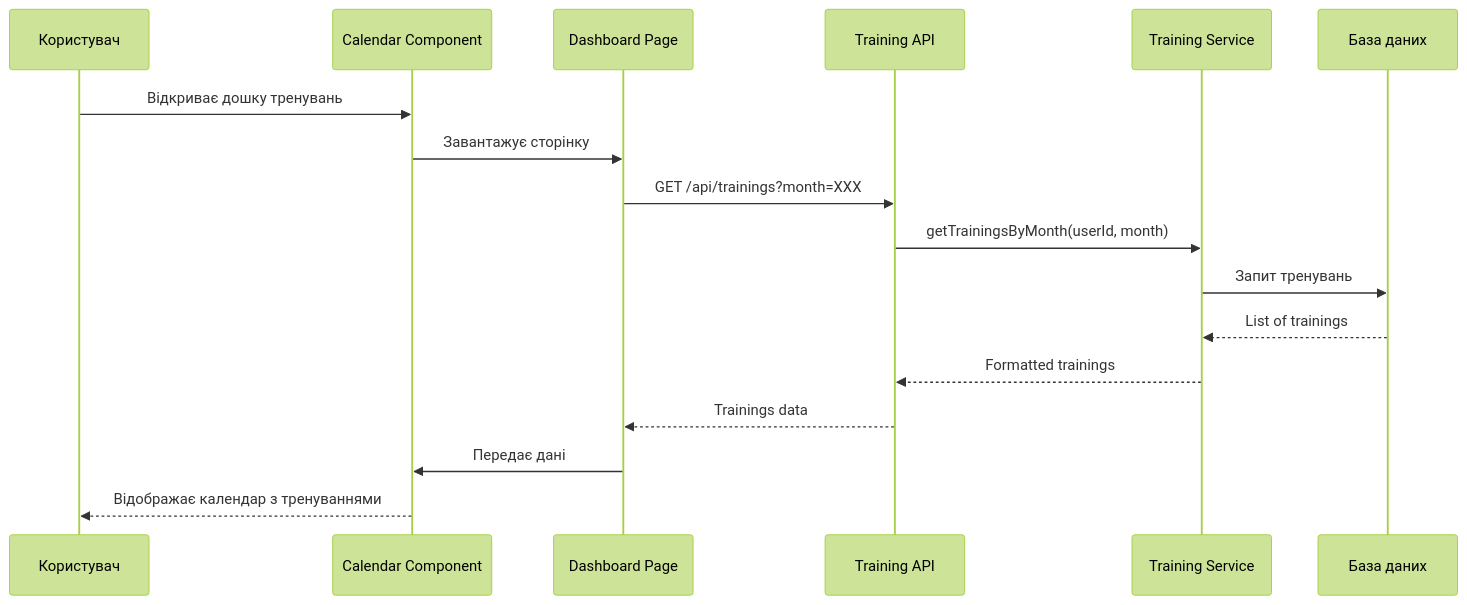
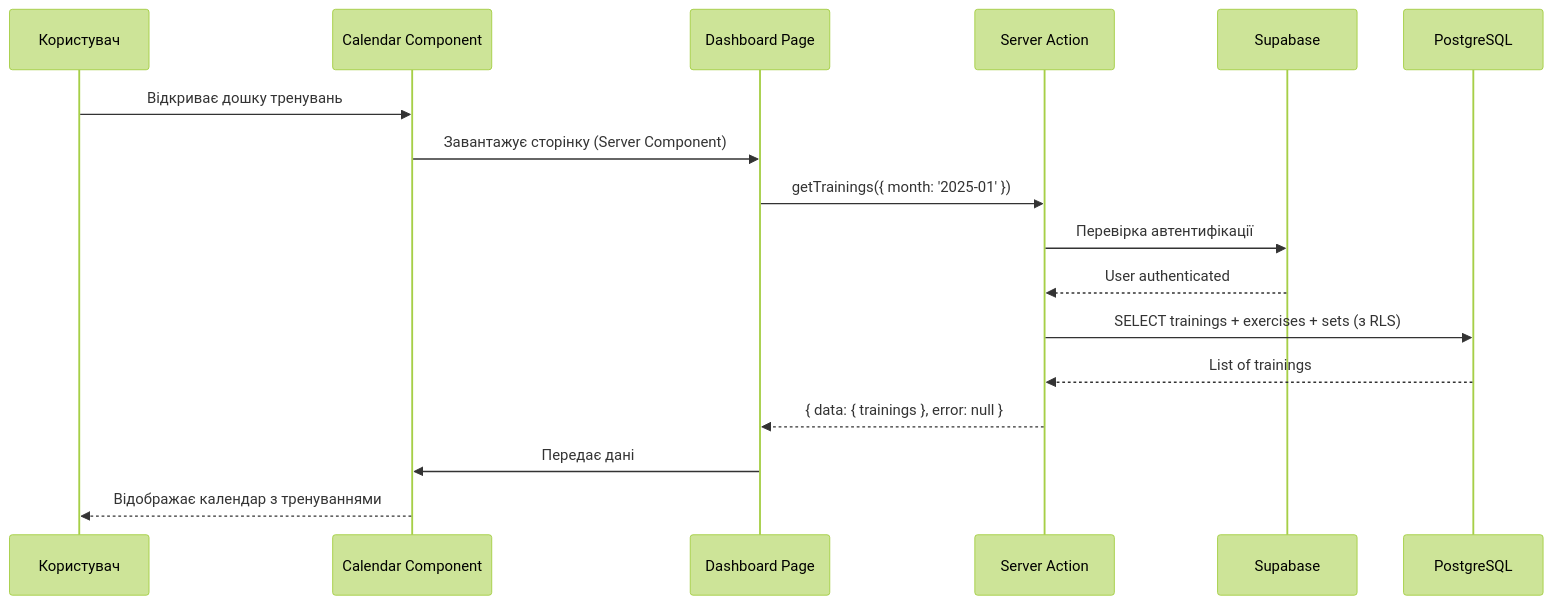
Before and after one commit to MaxKibets/votum_ferri: the fourth of 7 diagrams in docs/SDD.md, drawn with Mermaid (forest theme). The commit also changed other lines of this file, not shown here.

````diff
--- a/docs/SDD.md
+++ b/docs/SDD.md
@@ -456,20 +559,20 @@
 ```mermaid
 sequenceDiagram
     participant User as Користувач
     participant Calendar as Calendar Component
     participant Page as Dashboard Page
-    participant API as Training API
-    participant Service as Training Service
-    participant DB as База даних
+    participant Action as Server Action
+    participant Supabase as Supabase
+    participant DB as PostgreSQL
 
     User->>Calendar: Відкриває дошку тренувань
-    Calendar->>Page: Завантажує сторінку
-    Page->>API: GET /api/trainings?month=XXX
-    API->>Service: getTrainingsByMonth(userId, month)
-    Service->>DB: Запит тренувань
-    DB-->>Service: List of trainings
-    Service-->>API: Formatted trainings
-    API-->>Page: Trainings data
+    Calendar->>Page: Завантажує сторінку (Server Component)
+    Page->>Action: getTrainings({ month: '2025-01' })
+    Action->>Supabase: Перевірка автентифікації
+    Supabase-->>Action: User authenticated
+    Action->>DB: SELECT trainings + exercises + sets (з RLS)
+    DB-->>Action: List of trainings
+    Action-->>Page: { data: { trainings }, error: null }
     Page->>Calendar: Передає дані
     Calendar-->>User: Відображає календар з тренуваннями
 ```
````
